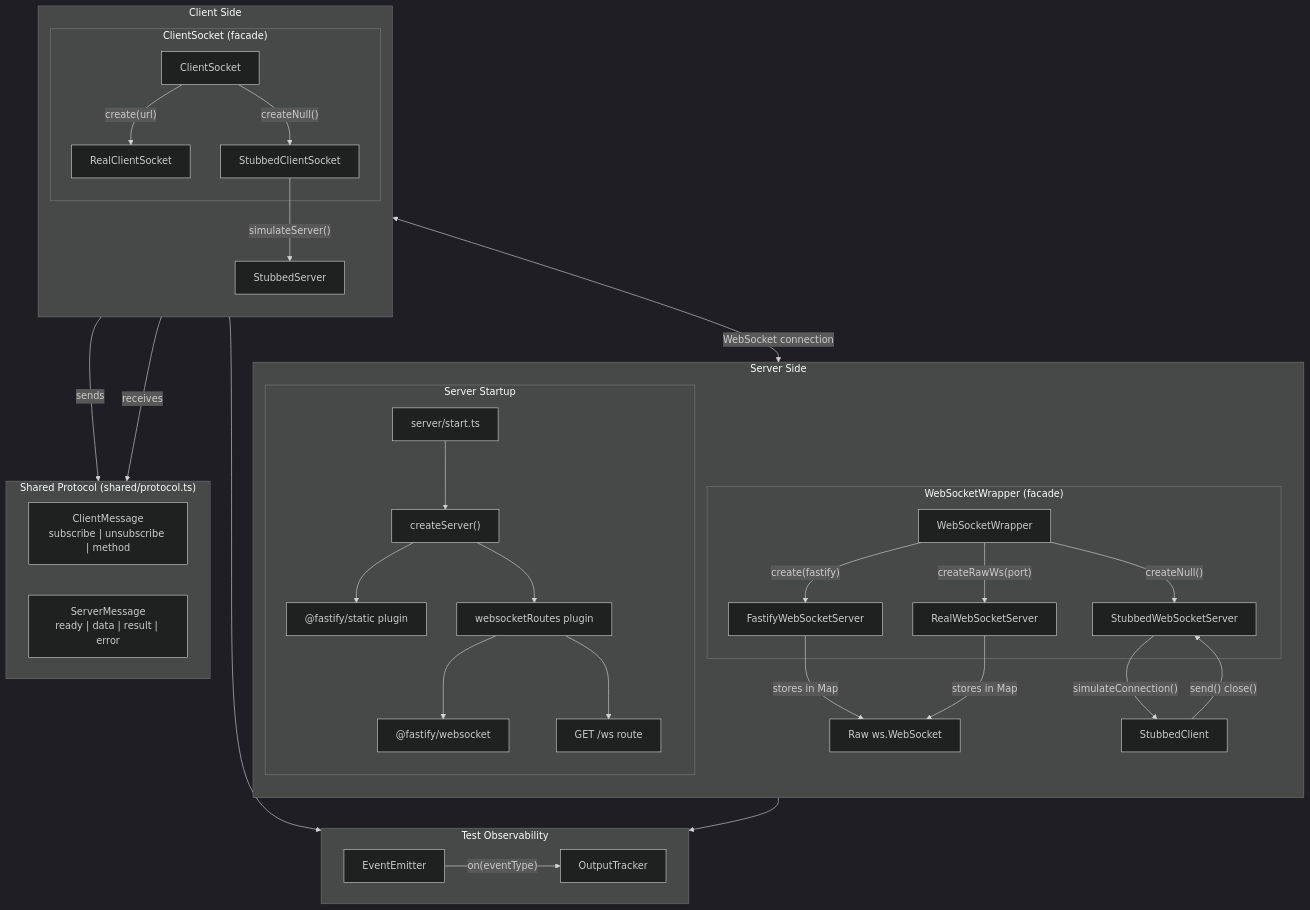
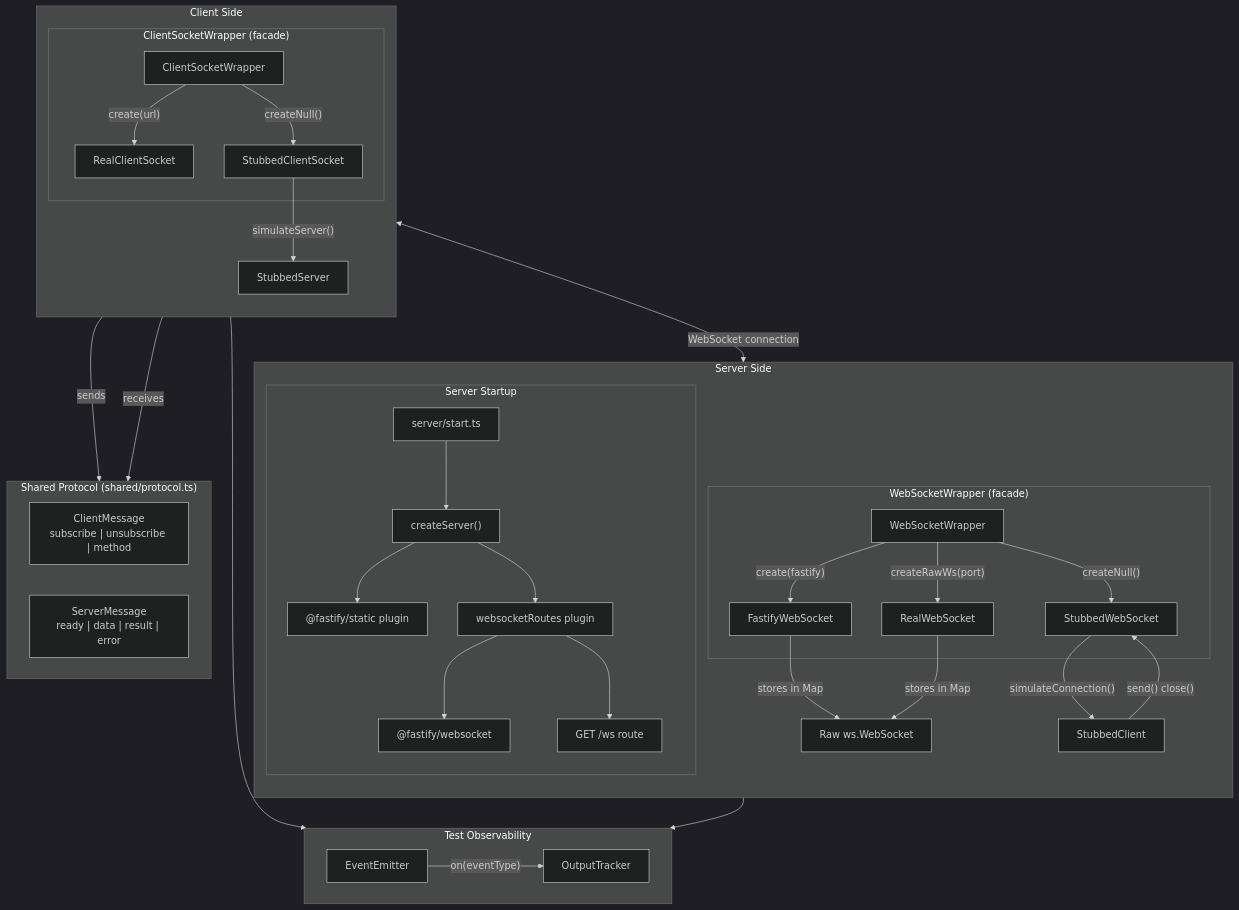
One commit to ekohacks/ekolite changed the diagram in docs/websocket-architecture/flow-chart.md. Above: the diagram before and after it, drawn with Mermaid (dark theme). The commit also changed 5 other files, not shown here.

First line of the commit message:
docs: update architecture diagrams to match renamed wrappers

````diff
--- a/docs/websocket-architecture/flow-chart.md
+++ b/docs/websocket-architecture/flow-chart.md
@@ -1,59 +1,59 @@
 ```mermaid
 flowchart TD
     subgraph server ["Server Side"]
         direction TB
 
         subgraph startup ["Server Startup"]
             startTs["server/start.ts"] --> createServer["createServer()"]
             createServer --> fastifyStatic["@fastify/static plugin"]
             createServer --> wsPlugin["websocketRoutes plugin"]
             wsPlugin --> fastifyWs["@fastify/websocket"]
             wsPlugin --> wsRoute["GET /ws route"]
         end
 
         subgraph wrapper ["WebSocketWrapper (facade)"]
             wrapperClass["WebSocketWrapper"]
-            wrapperClass -->|"create(fastify)"| fastifyImpl["FastifyWebSocketServer"]
-            wrapperClass -->|"createRawWs(port)"| realImpl["RealWebSocketServer"]
-            wrapperClass -->|"createNull()"| stubImpl["StubbedWebSocketServer"]
+            wrapperClass -->|"create(fastify)"| fastifyImpl["FastifyWebSocket"]
+            wrapperClass -->|"createRawWs(port)"| realImpl["RealWebSocket"]
+            wrapperClass -->|"createNull()"| stubImpl["StubbedWebSocket"]
         end
 
         fastifyImpl -->|"stores in Map"| rawWs["Raw ws.WebSocket"]
         realImpl -->|"stores in Map"| rawWs
 
         stubImpl -->|"simulateConnection()"| stubClient["StubbedClient"]
         stubClient -->|"send() close()"| stubImpl
     end
 
     subgraph client ["Client Side"]
         direction TB
 
-        subgraph clientWrapper ["ClientSocket (facade)"]
-            clientClass["ClientSocket"]
+        subgraph clientWrapper ["ClientSocketWrapper (facade)"]
+            clientClass["ClientSocketWrapper"]
             clientClass -->|"create(url)"| realClient["RealClientSocket"]
             clientClass -->|"createNull()"| stubClientSocket["StubbedClientSocket"]
         end
 
         stubClientSocket -->|"simulateServer()"| stubServer["StubbedServer"]
     end
 
     subgraph protocol ["Shared Protocol (shared/protocol.ts)"]
         direction LR
         clientMsg["ClientMessage\nsubscribe | unsubscribe | method"]
         serverMsg["ServerMessage\nready | data | result | error"]
     end
 
     subgraph testing ["Test Observability"]
         direction LR
         emitter["EventEmitter"]
         emitter -->|"on(eventType)"| tracker["OutputTracker"]
     end
 
     stubImpl --> emitter
     stubClientSocket --> emitter
 
     clientClass -->|"sends"| clientMsg
     clientClass -->|"receives"| serverMsg
 
     realClient <-->|"WebSocket connection"| wsRoute
 ```
````
